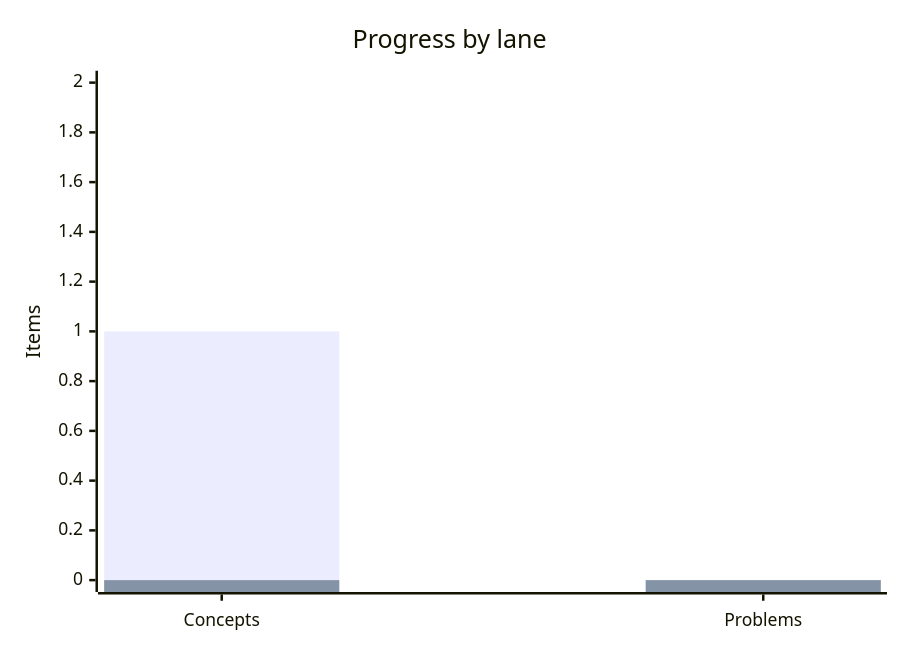
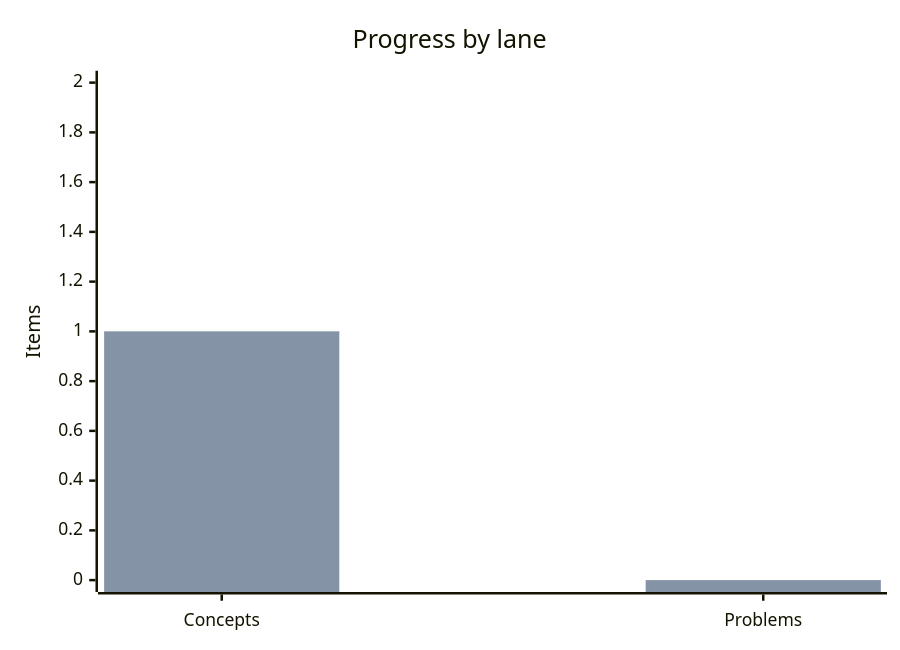
The diagram in README.md (mauli-waghmore/system-design-notes), drawn with Mermaid before and after one commit. The commit also changed other lines of this file and 2 other files, not shown here.

````diff
--- a/README.md
+++ b/README.md
@@ -60,9 +66,9 @@
 ```mermaid
 %%{init: {"xyChart": {"plotColorPalette": ["#0969da", "#3DA639"]}}}%%
 xychart-beta
     title "Progress by lane"
     x-axis ["Concepts", "Problems"]
     y-axis "Items" 0 --> 2
     bar [1, 0]
-    bar [0, 0]
+    bar [1, 0]
 ```
````
